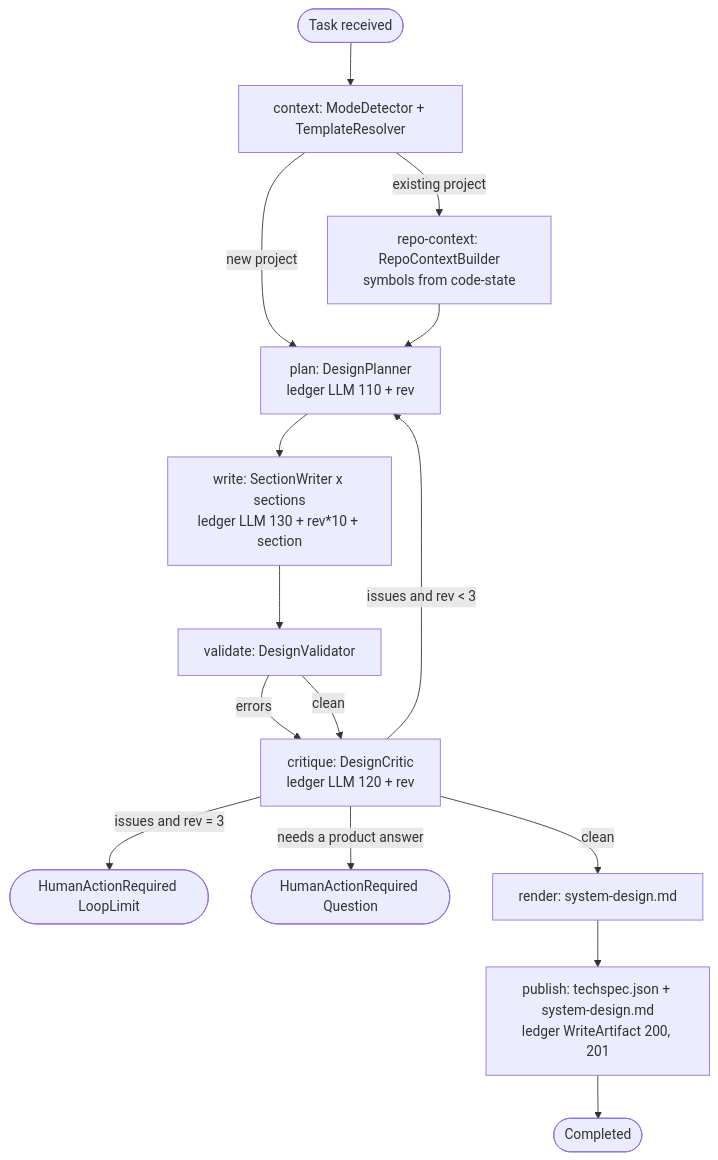
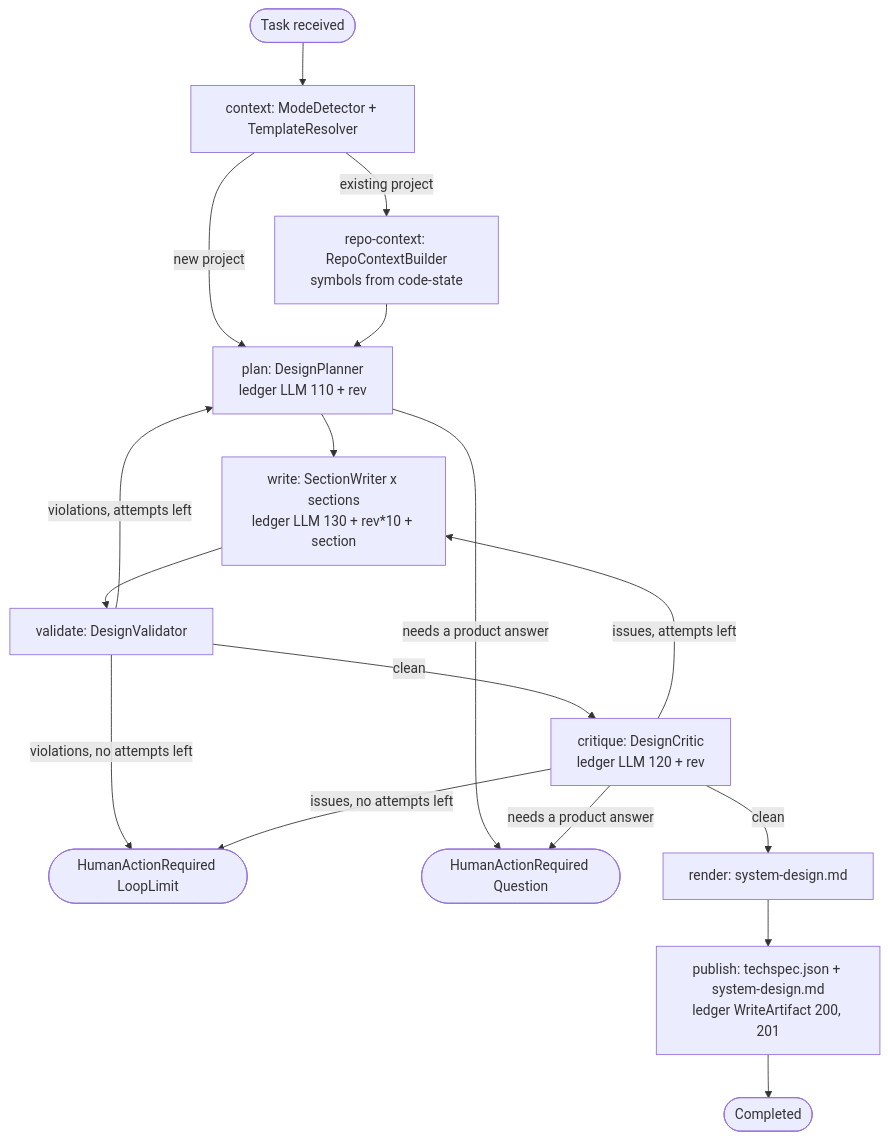
One commit to badrusiddique/agent-sdlc changed the sixth of 19 diagrams in docs/architecture/phase-0-implementation-guide.md. Above: the diagram before and after it, drawn with Mermaid. The commit also changed other lines of this file, not shown here.

Commit message:
docs(phase-0): close the design loop and the Finalize diagram.

````diff
--- a/docs/architecture/phase-0-implementation-guide.md
+++ b/docs/architecture/phase-0-implementation-guide.md
@@ -704,17 +704,19 @@
 ```mermaid
 flowchart TD
     S([Task received]) --> C[context: ModeDetector + TemplateResolver]
     C -->|existing project| RC[repo-context: RepoContextBuilder<br/>symbols from code-state]
     C -->|new project| PL
     RC --> PL[plan: DesignPlanner<br/>ledger LLM 110 + rev]
     PL --> WR[write: SectionWriter x sections<br/>ledger LLM 130 + rev*10 + section]
     WR --> V[validate: DesignValidator]
-    V -->|errors| CR
+    V -->|violations, attempts left| PL
+    V -->|violations, no attempts left| LL([HumanActionRequired LoopLimit])
     V -->|clean| CR[critique: DesignCritic<br/>ledger LLM 120 + rev]
-    CR -->|issues and rev < 3| PL
-    CR -->|issues and rev = 3| LL([HumanActionRequired LoopLimit])
-    CR -->|needs a product answer| Q([HumanActionRequired Question])
+    CR -->|issues, attempts left| WR
+    CR -->|issues, no attempts left| LL
+    PL -->|needs a product answer| Q([HumanActionRequired Question])
+    CR -->|needs a product answer| Q
     CR -->|clean| RN[render: system-design.md]
     RN --> P[publish: techspec.json + system-design.md<br/>ledger WriteArtifact 200, 201]
     P --> D([Completed])
 ```
````
